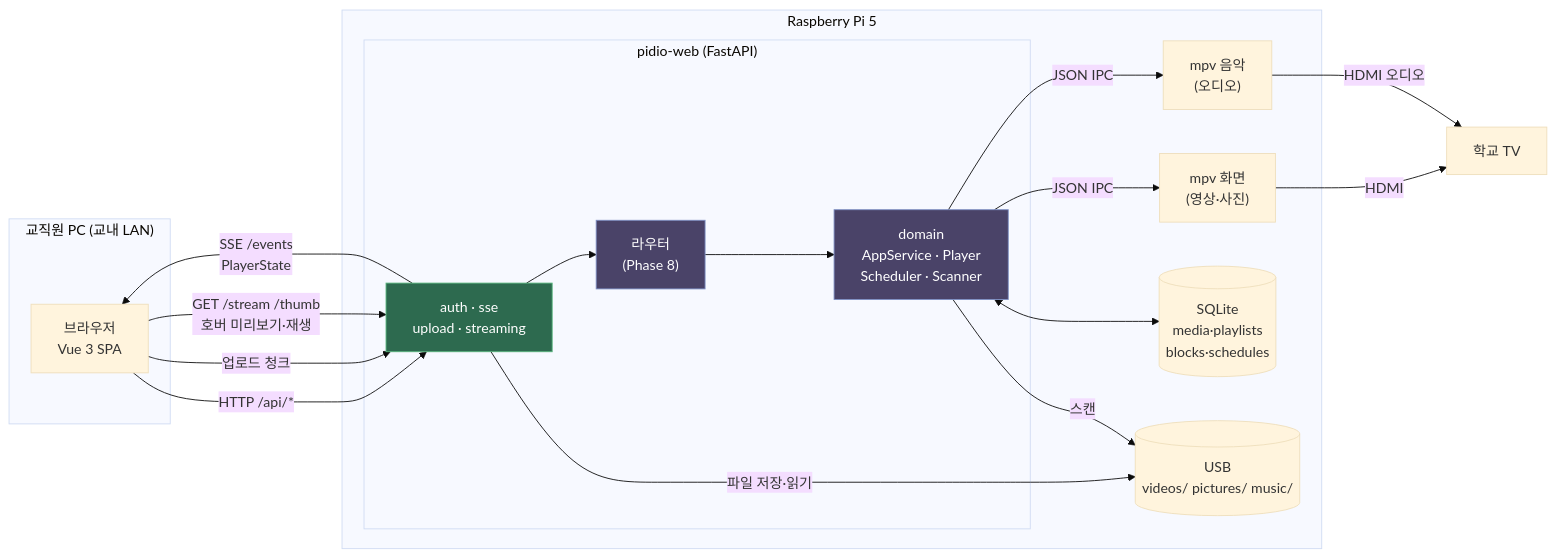
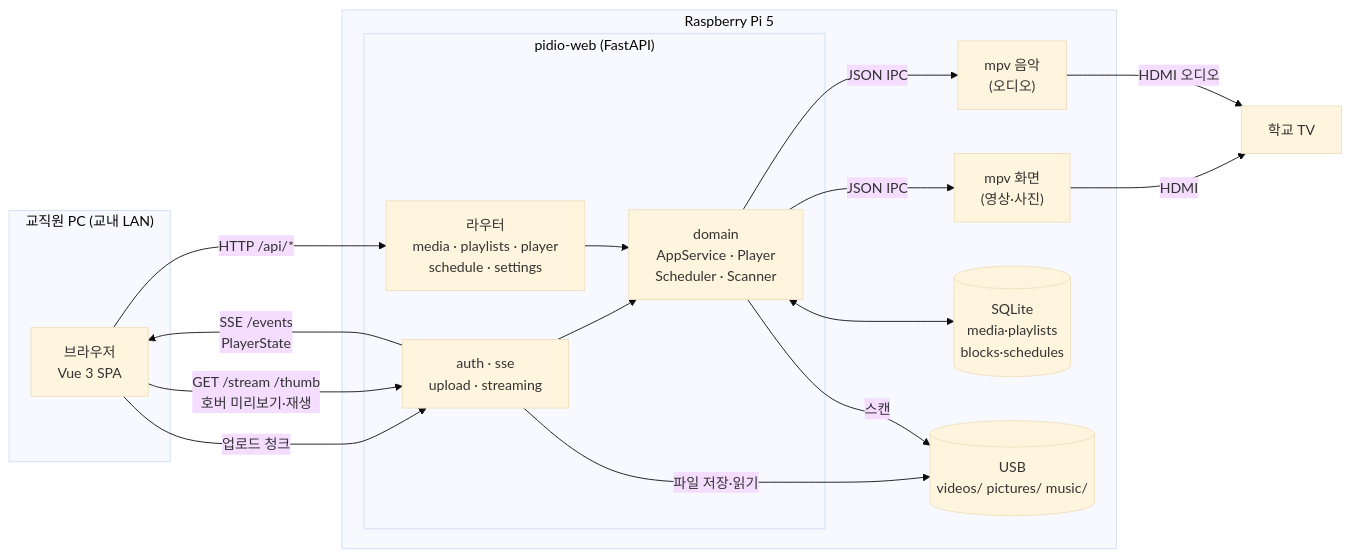
Before and after one commit to 4thIS/Pidio: the first of 4 diagrams in README.md, drawn with Mermaid (base theme). The commit also changed other lines of this file, not shown here.

````diff
--- a/README.md
+++ b/README.md
@@ -105,39 +123,35 @@
 ```mermaid
 flowchart LR
     subgraph PC["교직원 PC (교내 LAN)"]
         B["브라우저<br/>Vue 3 SPA"]
     end
 
     subgraph PI["Raspberry Pi 5"]
         subgraph WEB["pidio-web (FastAPI)"]
             W1["auth · sse<br/>upload · streaming"]
-            W2["라우터<br/>(Phase 8)"]
+            W2["라우터<br/>media · playlists · player<br/>schedule · settings"]
             D["domain<br/>AppService · Player<br/>Scheduler · Scanner"]
         end
         MV["mpv 화면<br/>(영상·사진)"]
         MM["mpv 음악<br/>(오디오)"]
         DB[("SQLite<br/>media·playlists<br/>blocks·schedules")]
         USB[("USB<br/>videos/ pictures/ music/")]
     end
 
     TV["학교 TV"]
 
-    B -->|"HTTP /api/*"| W1
+    B -->|"HTTP /api/*"| W2
     B -->|"업로드 청크"| W1
     W1 -->|"SSE /events<br/>PlayerState"| B
     B -->|"GET /stream /thumb<br/>호버 미리보기·재생"| W1
 
-    W1 --> W2 --> D
+    W1 --> D
+    W2 --> D
     D <--> DB
     W1 -->|"파일 저장·읽기"| USB
     D -->|"스캔"| USB
     D -->|"JSON IPC"| MV
     D -->|"JSON IPC"| MM
     MV -->|HDMI| TV
     MM -->|HDMI 오디오| TV
-
-    classDef done fill:#2d6a4f,stroke:#57b57c,color:#fff
-    classDef wait fill:#4a4368,stroke:#7d8fc4,color:#fff
-    class W1 done
-    class W2,D wait
 ```
````
